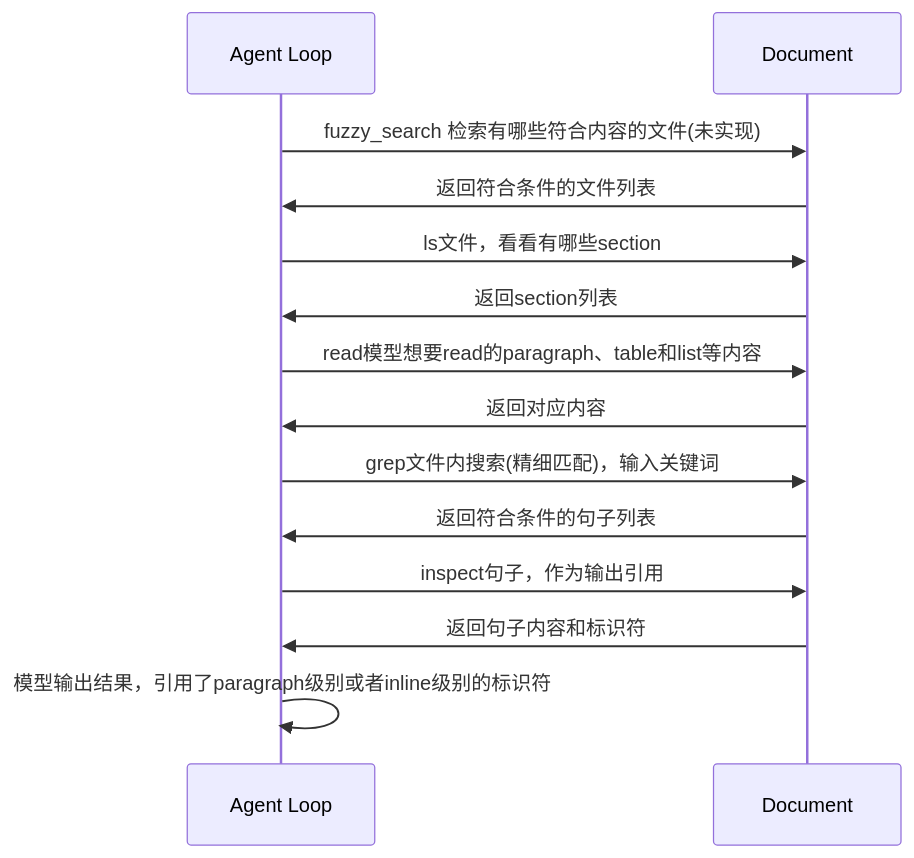
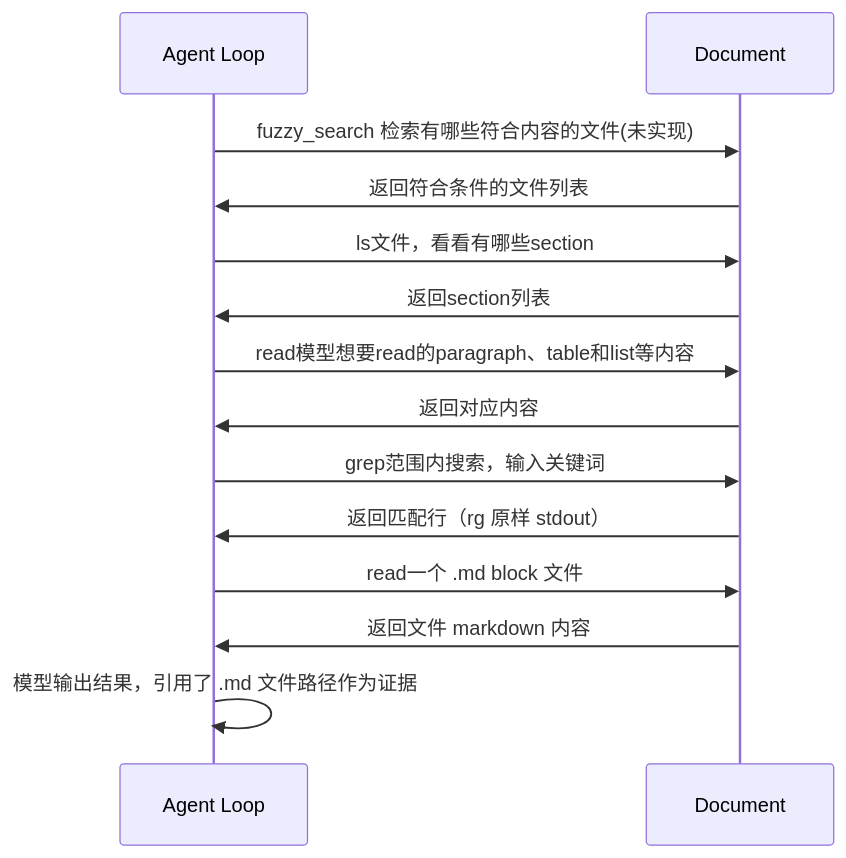
The diagram in agent/service/file_extraction_agent/docs/agent_loop.md (ADChahaha/TraceAgent), drawn with Mermaid before and after one commit. The commit also changed 42 other files, not shown here.

````diff
--- a/agent/service/file_extraction_agent/docs/agent_loop.md
+++ b/agent/service/file_extraction_agent/docs/agent_loop.md
@@ -48,17 +48,17 @@
 ```mermaid
 sequenceDiagram
     participant A as Agent Loop
     participant D as Document
 
     A->>D: fuzzy_search 检索有哪些符合内容的文件(未实现)
     D->>A: 返回符合条件的文件列表
     A->>D: ls文件，看看有哪些section
     D->>A: 返回section列表
     A->>D: read模型想要read的paragraph、table和list等内容
     D->>A: 返回对应内容
-    A->>D: grep文件内搜索(精细匹配)，输入关键词
-    D->>A: 返回符合条件的句子列表
-    A->>D: inspect句子，作为输出引用
-    D->>A: 返回句子内容和标识符
-    A->>A: 模型输出结果，引用了paragraph级别或者inline级别的标识符
+    A->>D: grep范围内搜索，输入关键词
+    D->>A: 返回匹配行（rg 原样 stdout）
+    A->>D: read一个 .md block 文件
+    D->>A: 返回文件 markdown 内容
+    A->>A: 模型输出结果，引用了 .md 文件路径作为证据
 ```
````
